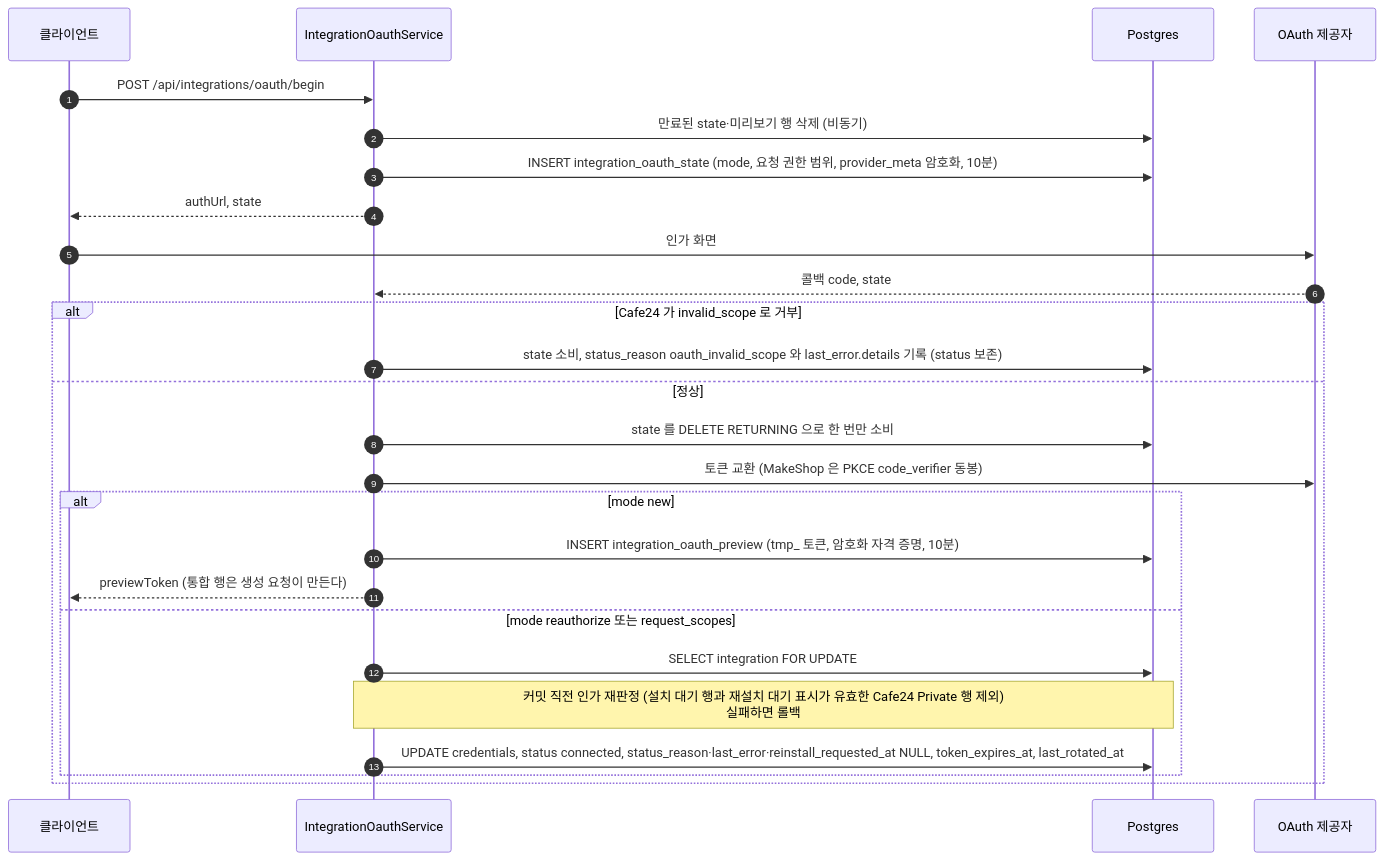
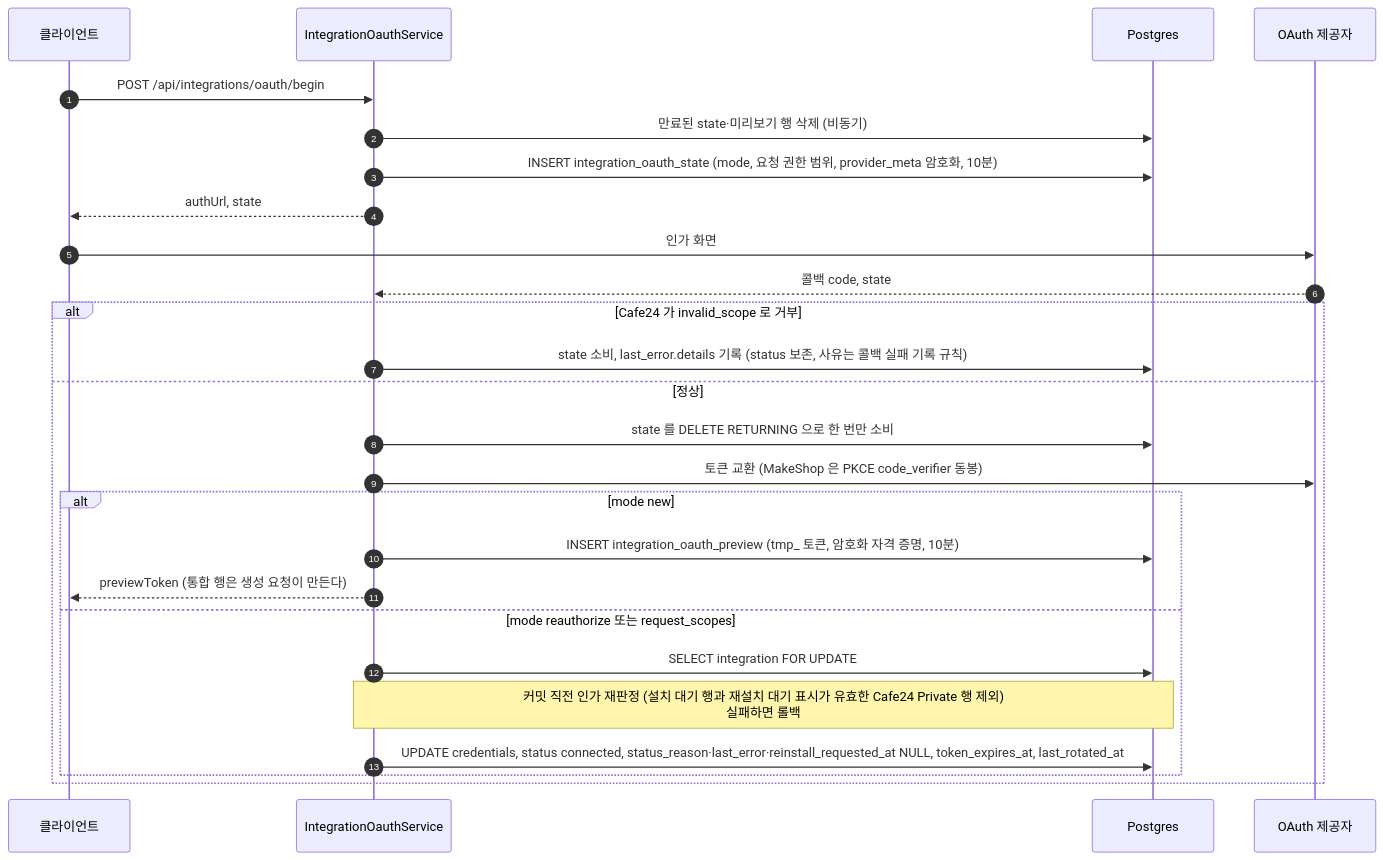
One commit to worker-ants/clemvion changed the second of 4 diagrams in spec/CLE-INT/CLE-INT-DATA-FLOW.md. Above: the diagram before and after it, drawn with Mermaid. The commit also changed other lines of this file and 24 other files, not shown here.

````diff
--- a/spec/CLE-INT/CLE-INT-DATA-FLOW.md
+++ b/spec/CLE-INT/CLE-INT-DATA-FLOW.md
@@ -54,28 +54,28 @@
 ```mermaid
 sequenceDiagram
   autonumber
   participant C as 클라이언트
   participant Svc as IntegrationOauthService
   participant PG as Postgres
   participant Prov as OAuth 제공자
   C->>Svc: POST /api/integrations/oauth/begin
   Svc->>PG: 만료된 state·미리보기 행 삭제 (비동기)
   Svc->>PG: INSERT integration_oauth_state (mode, 요청 권한 범위, provider_meta 암호화, 10분)
   Svc-->>C: authUrl, state
   C->>Prov: 인가 화면
   Prov-->>Svc: 콜백 code, state
   alt Cafe24 가 invalid_scope 로 거부
-    Svc->>PG: state 소비, status_reason oauth_invalid_scope 와 last_error.details 기록 (status 보존)
+    Svc->>PG: state 소비, last_error.details 기록 (status 보존, 사유는 콜백 실패 기록 규칙)
   else 정상
     Svc->>PG: state 를 DELETE RETURNING 으로 한 번만 소비
     Svc->>Prov: 토큰 교환 (MakeShop 은 PKCE code_verifier 동봉)
     alt mode new
       Svc->>PG: INSERT integration_oauth_preview (tmp_ 토큰, 암호화 자격 증명, 10분)
       Svc-->>C: previewToken (통합 행은 생성 요청이 만든다)
     else mode reauthorize 또는 request_scopes
       Svc->>PG: SELECT integration FOR UPDATE
       Note over Svc,PG: 커밋 직전 인가 재판정 (설치 대기 행과 재설치 대기 표시가 유효한 Cafe24 Private 행 제외)<br/>실패하면 롤백
       Svc->>PG: UPDATE credentials, status connected, status_reason·last_error·reinstall_requested_at NULL, token_expires_at, last_rotated_at
     end
   end
 ```
````
